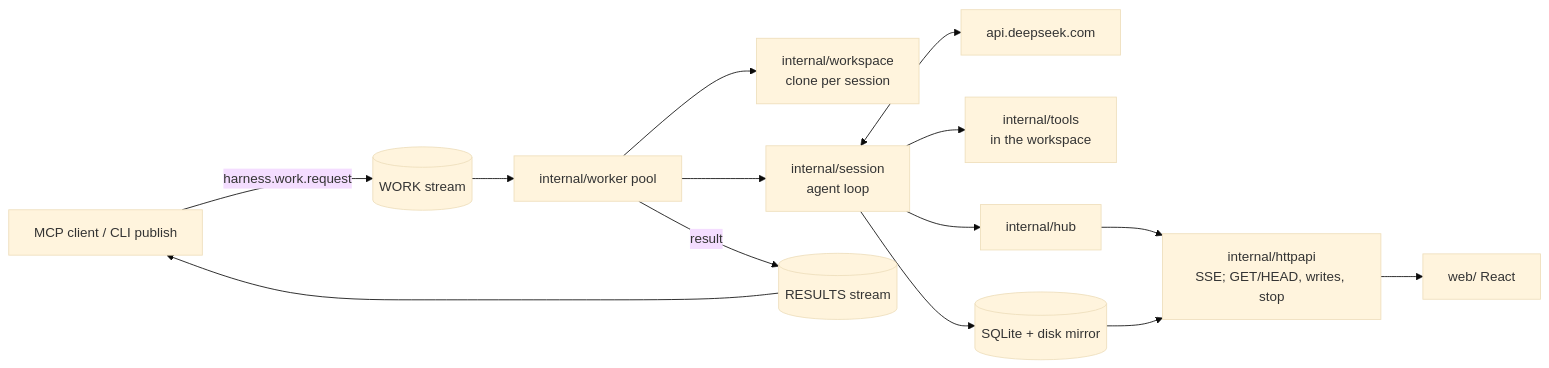
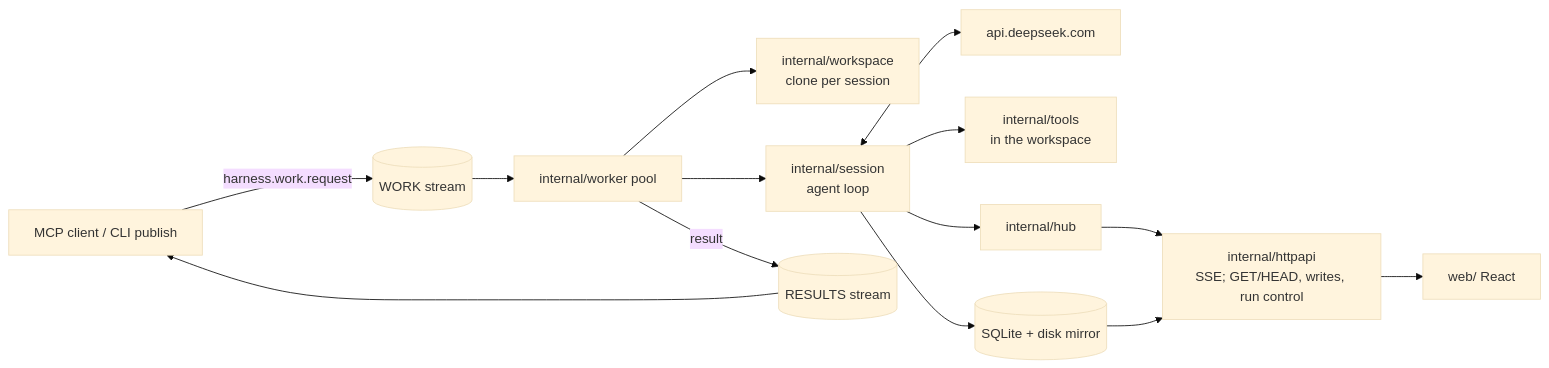
The diagram in ARCHITECTURE.md (tinkerindustries/agent-harness), drawn with Mermaid (base theme) before and after one commit. The commit also changed other lines of this file and 5 other files, not shown here.

````diff
--- a/ARCHITECTURE.md
+++ b/ARCHITECTURE.md
@@ -29,16 +33,16 @@
 ```mermaid
 flowchart LR
     caller[MCP client / CLI publish] -->|harness.work.request| WORK[(WORK stream)]
     WORK --> worker[internal/worker pool]
     worker --> ws[internal/workspace<br/>clone per session]
     worker --> session[internal/session<br/>agent loop]
     session <--> api[api.deepseek.com]
     session --> tools[internal/tools<br/>in the workspace]
     session --> store[(SQLite + disk mirror)]
     session --> hub[internal/hub]
-    hub --> http[internal/httpapi<br/>SSE; GET/HEAD, writes, stop]
+    hub --> http[internal/httpapi<br/>SSE; GET/HEAD, writes, run control]
     store --> http
     http --> web[web/ React]
     worker -->|result| RESULTS[(RESULTS stream)]
     RESULTS --> caller
 ```
````
